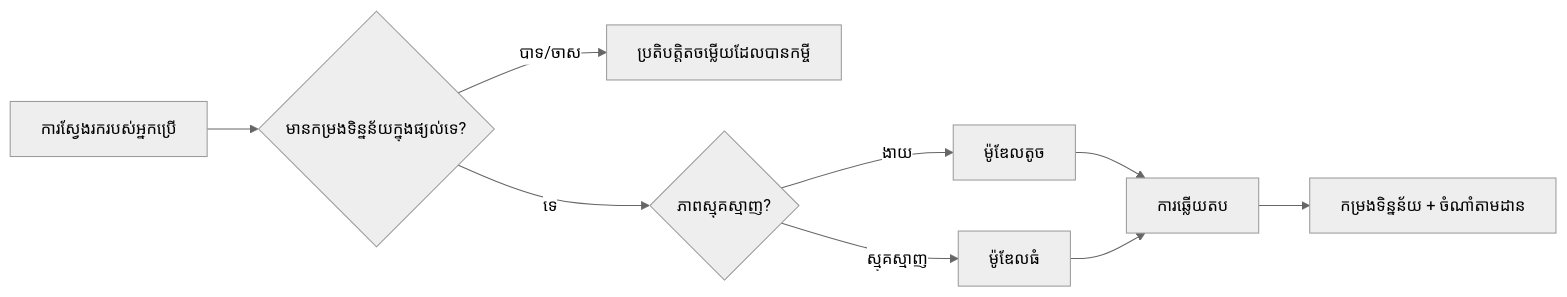
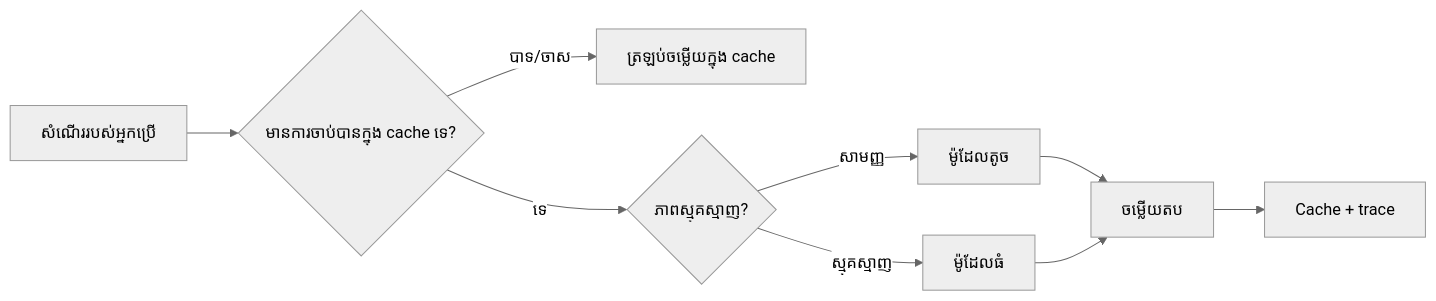
One commit to gabrielmoreira/agent-skills-mirror changed the third of 4 diagrams in mirrors/repos/microsoft@ai-agents-for-beginners/translations/km/16-deploying-scalable-agents/README.md. Above: the diagram before and after it, drawn with Mermaid (neutral theme). The commit also changed other lines of this file and 3581 other files, not shown here.

````diff
--- a/mirrors/repos/microsoft@ai-agents-for-beginners/translations/km/16-deploying-scalable-agents/README.md
+++ b/mirrors/repos/microsoft@ai-agents-for-beginners/translations/km/16-deploying-scalable-agents/README.md
@@ -134,11 +134,11 @@
 ```mermaid
 flowchart LR
-    Q[ការស្វែងរករបស់អ្នកប្រើ] --> C{មានកម្រងទិន្នន័យក្នុងផ្យល់ទេ?}
-    C -->|បាទ/ចាស| R[ប្រតិបត្ដិតចម្លើយដែលបានកម្ចី]
+    Q[សំណើររបស់អ្នកប្រើ] --> C{មានការចាប់បានក្នុង cache ទេ?}
+    C -->|បាទ/ចាស| R[ត្រឡប់ចម្លើយក្នុង cache]
     C -->|ទេ| Router{ភាពស្មុគស្មាញ?}
-    Router -->|ងាយ| SLM[ម៉ូឌែលតូច]
-    Router -->|ស្មុគស្មាញ| LLM[ម៉ូឌែលធំ]
-    SLM --> Out[ការឆ្លើយតប]
+    Router -->|សាមញ្ញ| SLM[ម៉ូដែលតូច]
+    Router -->|ស្មុគស្មាញ| LLM[ម៉ូដែលធំ]
+    SLM --> Out[ចម្លើយតប]
     LLM --> Out
-    Out --> Store[កម្រងទិន្នន័យ + ចំណាំតាមដាន]
+    Out --> Store[Cache + trace]
 ```
````
